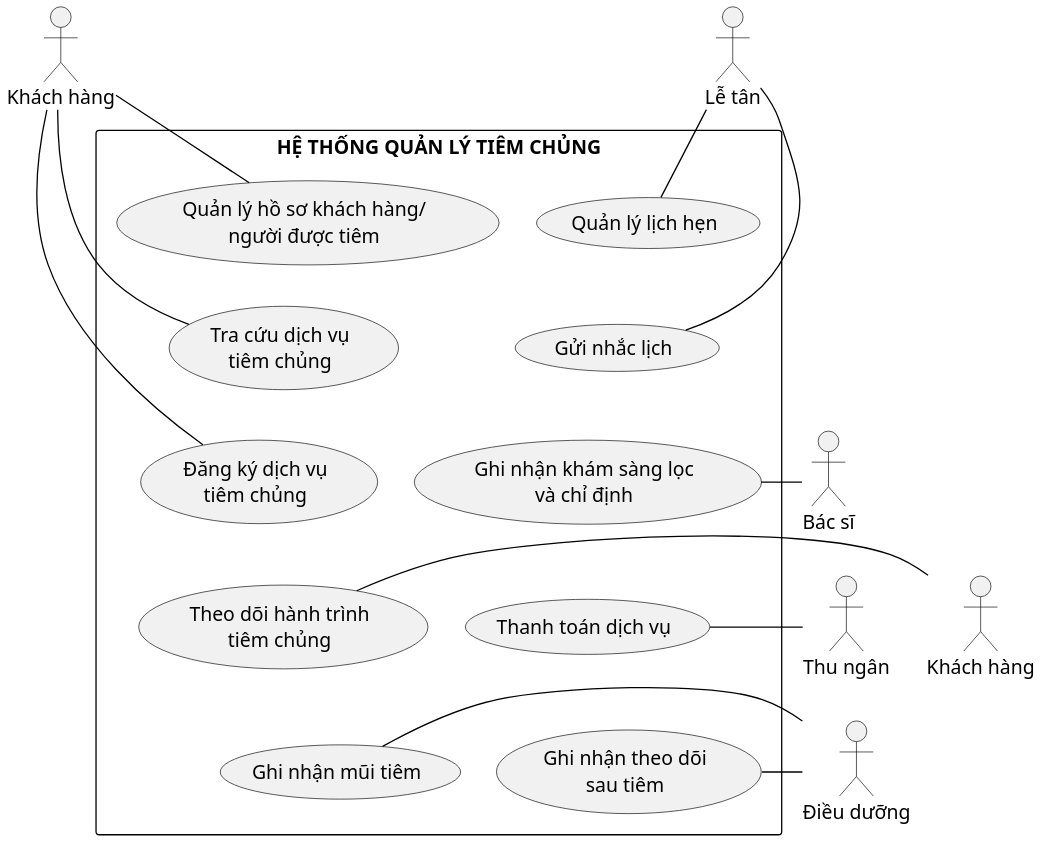
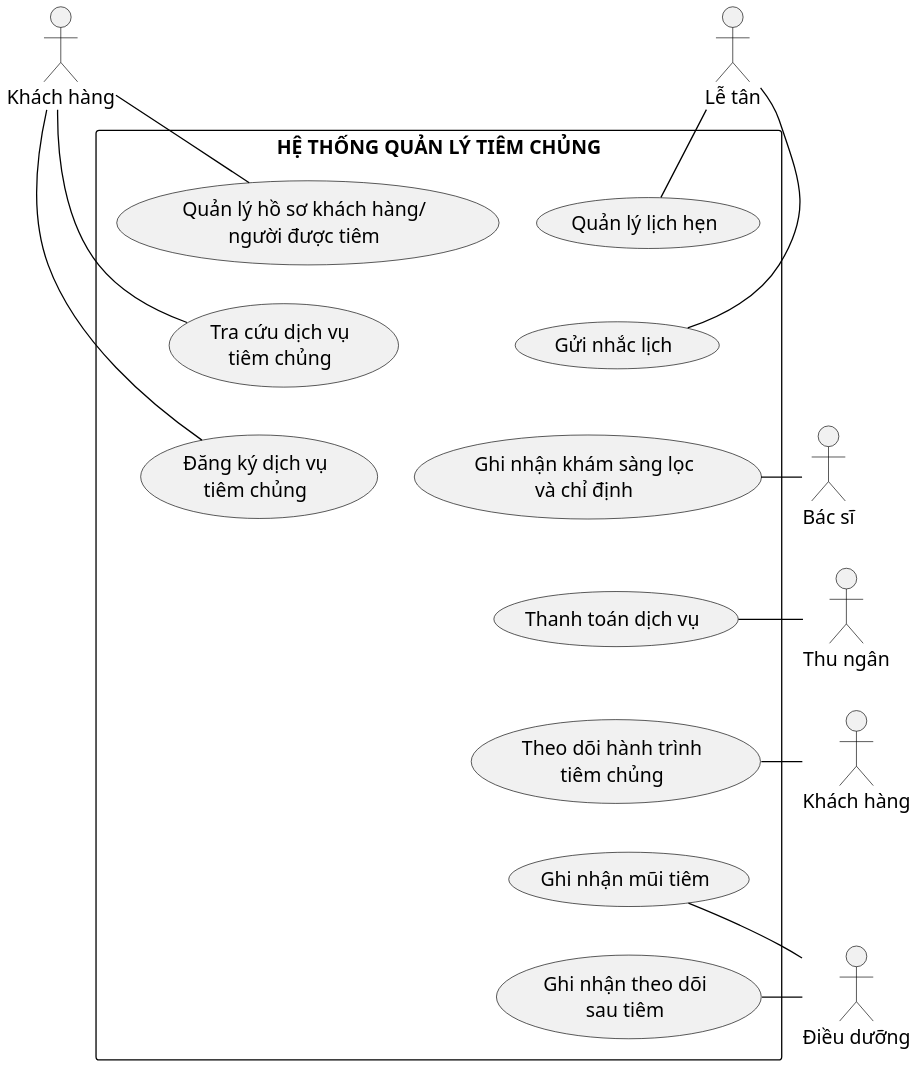
Before and after one commit to datngo1203/KLCN-QuanLyTiemChung: the diagram in docs/thesis/uml/Hinh_2_9_System_Use_Case_Tong_Quan.puml, drawn with PlantUML.

Commit message:
docs(thesis): shorten Hinh 2.9 actor connectors

```diff
--- a/docs/thesis/uml/Hinh_2_9_System_Use_Case_Tong_Quan.puml
+++ b/docs/thesis/uml/Hinh_2_9_System_Use_Case_Tong_Quan.puml
@@ -1,75 +1,75 @@
 @startuml
 ' THESIS-R1 — Hình 2.9 System Use Case summary
 ' Semantic source: SCOPE.md System Use Case semantic lock v3 + presentation lock v1
 ' Summary shows primary/representative actor associations only.
 ' "Khách hàng" is repeated as the same semantic actor to reduce connector crossing.
 skinparam monochrome true
 skinparam shadowing false
 skinparam backgroundColor white
 skinparam defaultFontName "Times New Roman"
 skinparam defaultFontSize 15
 skinparam ArrowColor black
 skinparam ActorBorderColor black
 skinparam UsecaseBorderColor black
 skinparam RectangleBorderColor black
 skinparam nodesep 28
-skinparam ranksep 32
+skinparam ranksep 30
 skinparam dpi 180
 
 top to bottom direction
 
 actor "Khách hàng" as CustomerTop
 actor "Lễ tân" as Reception
 
 rectangle "HỆ THỐNG QUẢN LÝ TIÊM CHỦNG" as SystemBoundary {
   usecase "Quản lý hồ sơ khách hàng/\nngười được tiêm" as UC09
   usecase "Quản lý lịch hẹn" as UC12
 
   usecase "Tra cứu dịch vụ\ntiêm chủng" as UC10
   usecase "Gửi nhắc lịch" as UC13
 
   usecase "Đăng ký dịch vụ\ntiêm chủng" as UC11
   usecase "Ghi nhận khám sàng lọc\nvà chỉ định" as UC15
 
+  usecase "Thanh toán dịch vụ" as UC16
   usecase "Theo dõi hành trình\ntiêm chủng" as UC19
-  usecase "Thanh toán dịch vụ" as UC16
-
   usecase "Ghi nhận mũi tiêm" as UC17
   usecase "Ghi nhận theo dõi\nsau tiêm" as UC18
 
+  ' Left customer discovery/registration column.
   UC09 -[hidden]down- UC10
   UC10 -[hidden]down- UC11
-  UC11 -[hidden]down- UC19
 
+  ' Right operational/journey column.
   UC12 -[hidden]down- UC13
   UC13 -[hidden]down- UC15
   UC15 -[hidden]down- UC16
-  UC16 -[hidden]down- UC17
-  UC17 -[hidden]right- UC18
+  UC16 -[hidden]down- UC19
+  UC19 -[hidden]down- UC17
+  UC17 -[hidden]down- UC18
 
   UC09 -[hidden]right- UC12
   UC10 -[hidden]right- UC13
   UC11 -[hidden]right- UC15
-  UC19 -[hidden]right- UC16
 }
 
 actor "Bác sĩ" as Doctor
 actor "Thu ngân" as Cashier
 actor "Khách hàng" as CustomerJourney
 actor "Điều dưỡng" as Nurse
 
 ' Primary/representative actor associations only.
 CustomerTop -down- UC09
 CustomerTop -- UC10
 CustomerTop -- UC11
 
 Reception -down- UC12
 Reception -- UC13
 
 UC15 -right- Doctor
 UC16 -right- Cashier
-CustomerJourney -right- UC19
+UC19 -right- CustomerJourney
 UC17 -right- Nurse
 UC18 -right- Nurse
 
 @enduml
```
